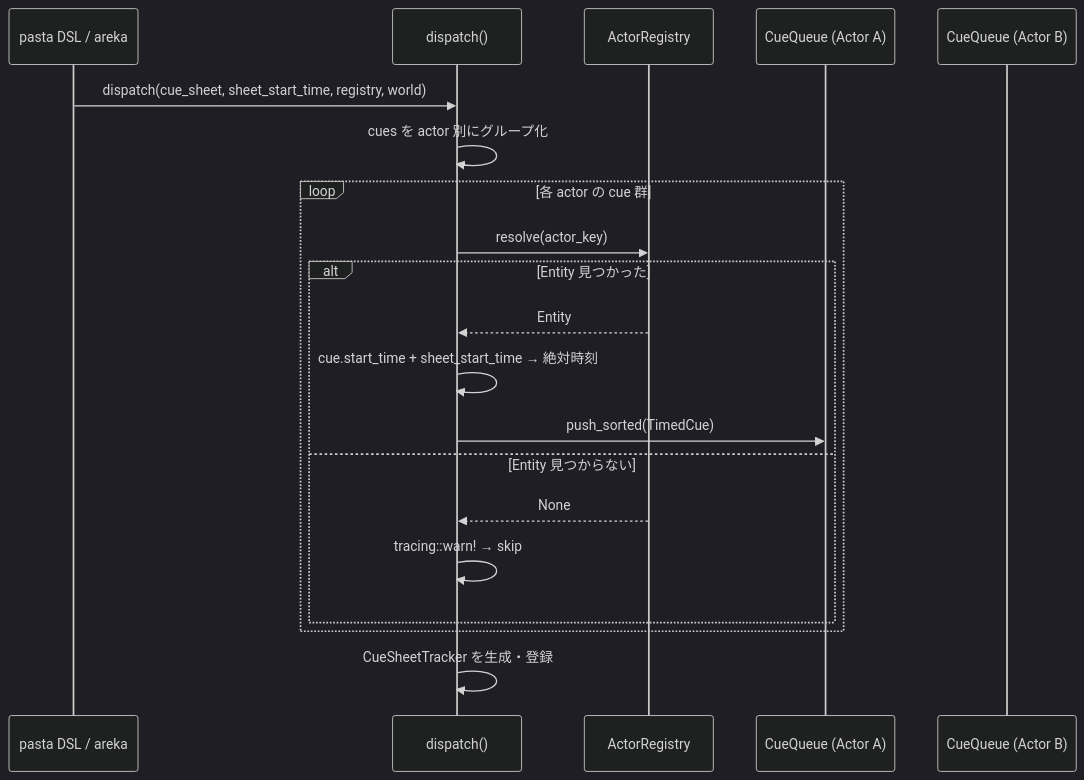
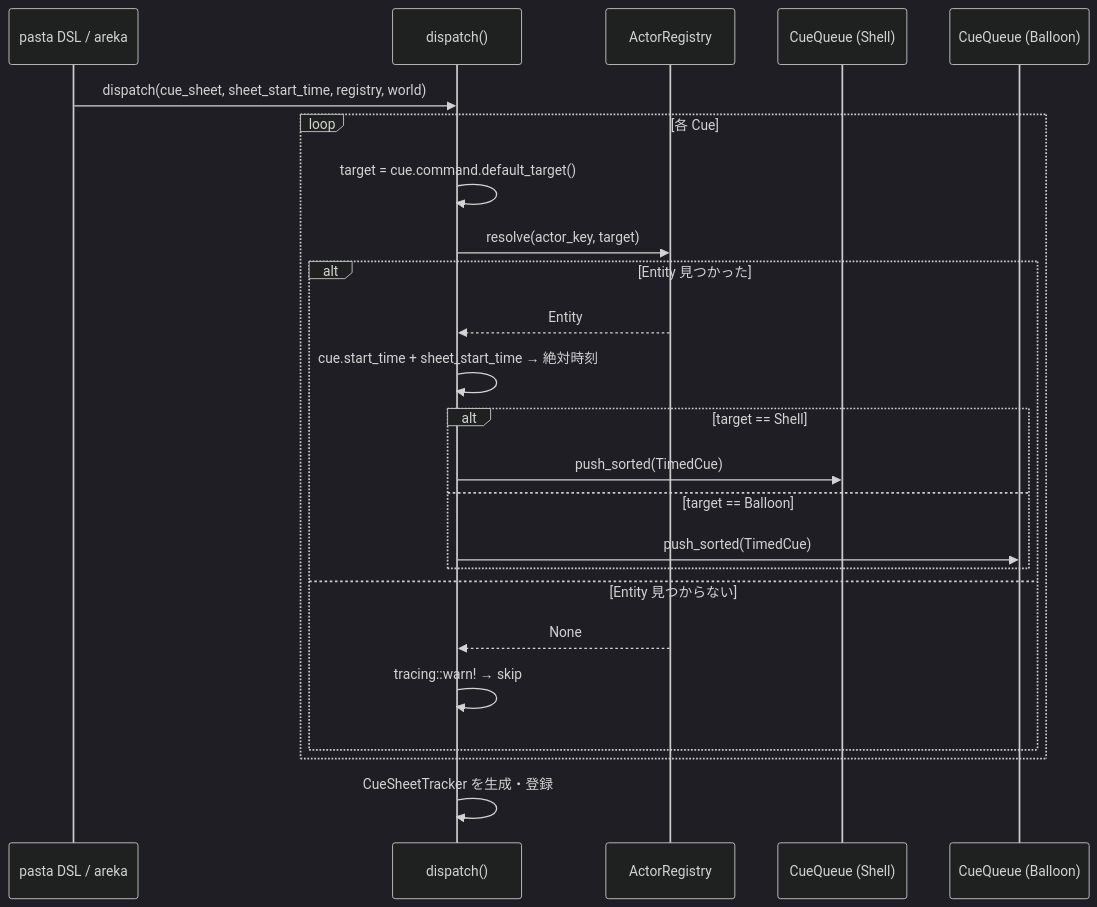
One commit to ekicyou/areka changed the second of 5 diagrams in .kiro/specs/wintf-P0-cue-system/design.md. Above: the diagram before and after it, drawn with Mermaid (dark theme). The commit also changed other lines of this file, not shown here.

````diff
--- a/.kiro/specs/wintf-P0-cue-system/design.md
+++ b/.kiro/specs/wintf-P0-cue-system/design.md
@@ -123,23 +123,27 @@
 ```mermaid
 sequenceDiagram
     participant P as pasta DSL / areka
     participant D as dispatch()
     participant R as ActorRegistry
-    participant Q1 as CueQueue (Actor A)
-    participant Q2 as CueQueue (Actor B)
+    participant Q1 as CueQueue (Shell)
+    participant Q2 as CueQueue (Balloon)
 
     P->>D: dispatch(cue_sheet, sheet_start_time, registry, world)
-    D->>D: cues を actor 別にグループ化
-    loop 各 actor の cue 群
-        D->>R: resolve(actor_key)
+    loop 各 Cue
+        D->>D: target = cue.command.default_target()
+        D->>R: resolve(actor_key, target)
         alt Entity 見つかった
             R-->>D: Entity
             D->>D: cue.start_time + sheet_start_time → 絶対時刻
-            D->>Q1: push_sorted(TimedCue)
+            alt target == Shell
+                D->>Q1: push_sorted(TimedCue)
+            else target == Balloon
+                D->>Q2: push_sorted(TimedCue)
+            end
         else Entity 見つからない
             R-->>D: None
             D->>D: tracing::warn! → skip
         end
     end
     D->>D: CueSheetTracker を生成・登録
 ```
````
